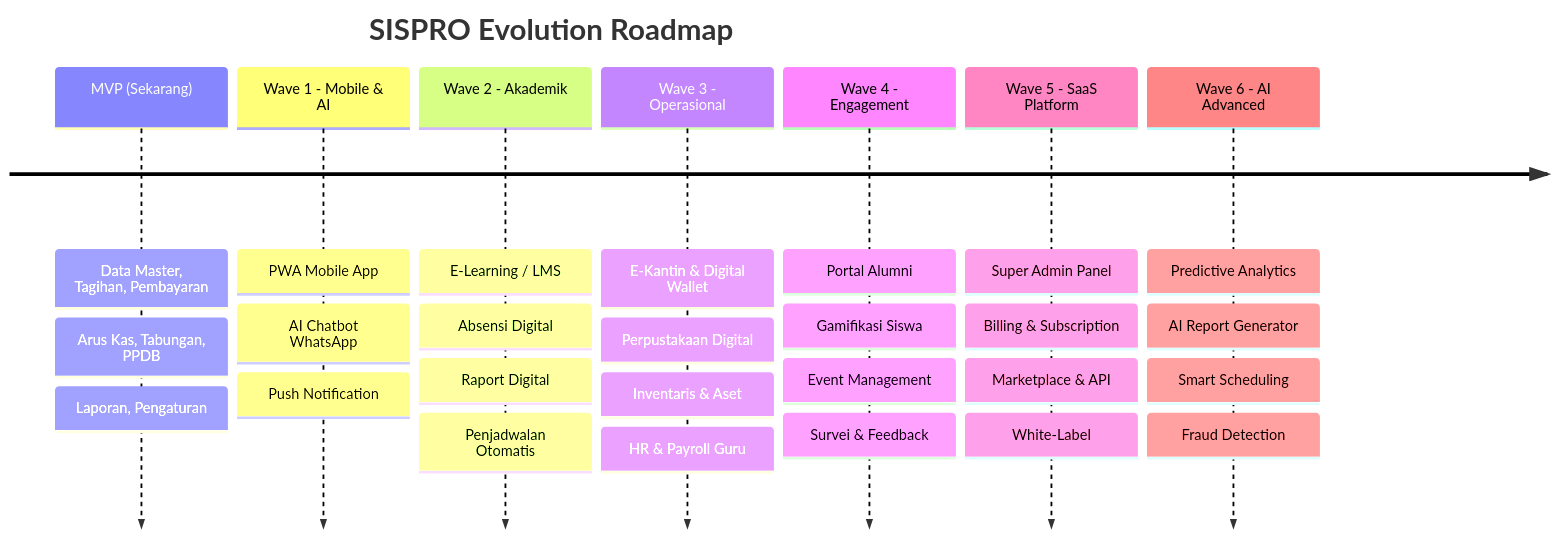
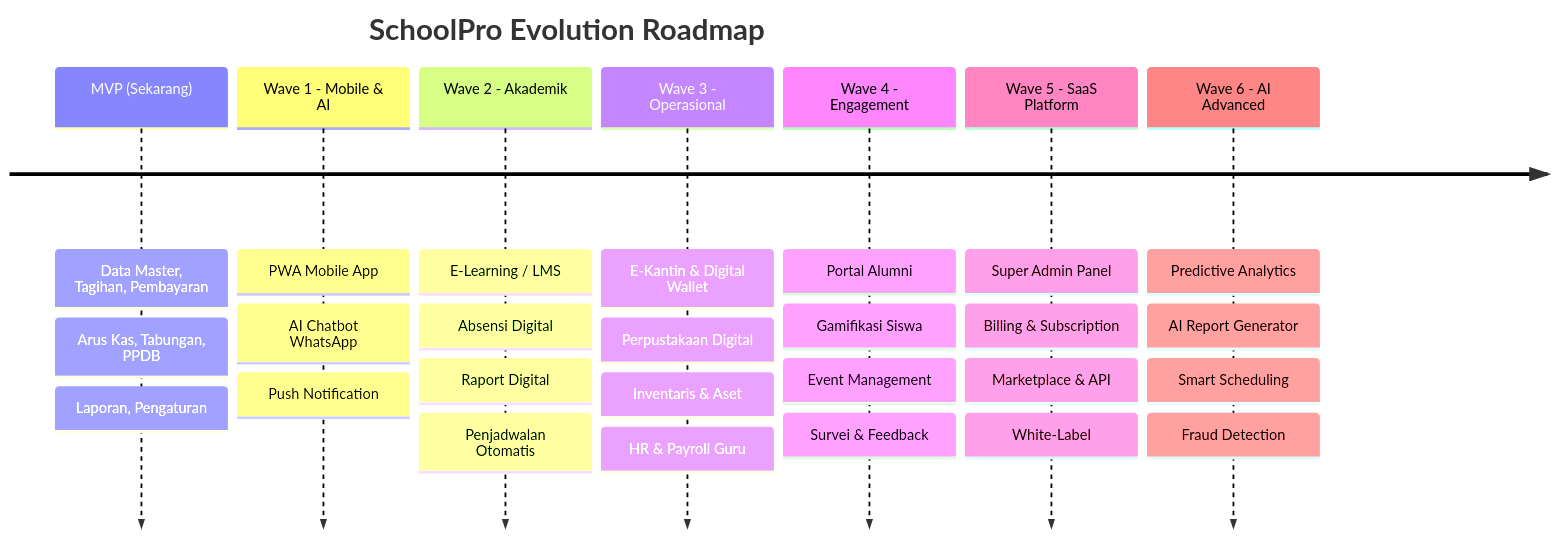
Before and after one commit to aburasyidalfatih/schoolpro: the first of 3 diagrams in docs/02_future_features_roadmap.md, drawn with Mermaid. The commit also changed other lines of this file and 158 other files, not shown here.

````diff
--- a/docs/02_future_features_roadmap.md
+++ b/docs/02_future_features_roadmap.md
@@ -11,36 +11,36 @@
 ```mermaid
 timeline
-    title SISPRO Evolution Roadmap
+    title SchoolPro Evolution Roadmap
     MVP (Sekarang) : Data Master, Tagihan, Pembayaran
                    : Arus Kas, Tabungan, PPDB
                    : Laporan, Pengaturan
 
     Wave 1 - Mobile & AI : PWA Mobile App
                          : AI Chatbot WhatsApp
                          : Push Notification
 
     Wave 2 - Akademik : E-Learning / LMS
                       : Absensi Digital
                       : Raport Digital
                       : Penjadwalan Otomatis
 
     Wave 3 - Operasional : E-Kantin & Digital Wallet
                          : Perpustakaan Digital
                          : Inventaris & Aset
                          : HR & Payroll Guru
 
     Wave 4 - Engagement : Portal Alumni
                         : Gamifikasi Siswa
                         : Event Management
                         : Survei & Feedback
 
     Wave 5 - SaaS Platform : Super Admin Panel
                            : Billing & Subscription
                            : Marketplace & API
                            : White-Label
 
     Wave 6 - AI Advanced : Predictive Analytics
                          : AI Report Generator
                          : Smart Scheduling
                          : Fraud Detection
 ```
````
